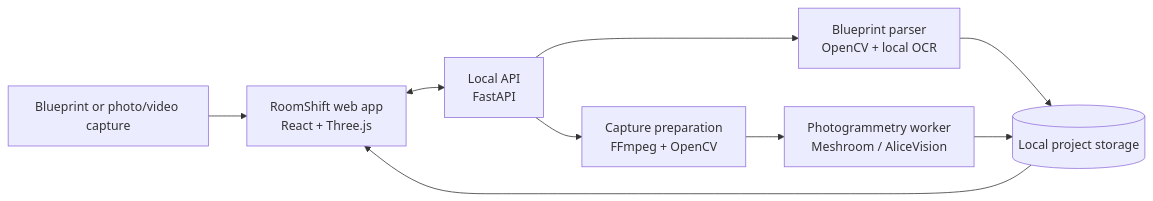
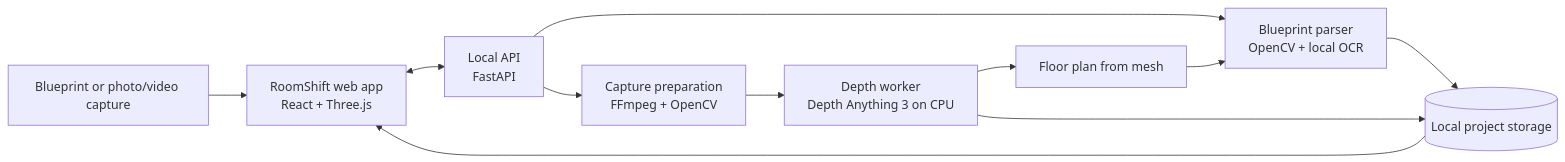
The diagram in README.md (praneettigga/WandameJackson), drawn with Mermaid before and after one commit. The commit also changed other lines of this file and 51 other files, not shown here.

````diff
--- a/README.md
+++ b/README.md
@@ -9,11 +9,12 @@
 ```mermaid
 flowchart LR
   Input[Blueprint or photo/video capture] --> Web[RoomShift web app\nReact + Three.js]
   Web <--> API[Local API\nFastAPI]
   API --> Blueprint[Blueprint parser\nOpenCV + local OCR]
   API --> Capture[Capture preparation\nFFmpeg + OpenCV]
-  Capture --> Mesh[Photogrammetry worker\nMeshroom / AliceVision]
+  Capture --> Mesh[Depth worker\nDepth Anything 3 on CPU]
   Blueprint --> Storage[(Local project storage)]
+  Mesh --> Plan[Floor plan from mesh] --> Blueprint
   Mesh --> Storage
   Storage --> Web
 ```
````
